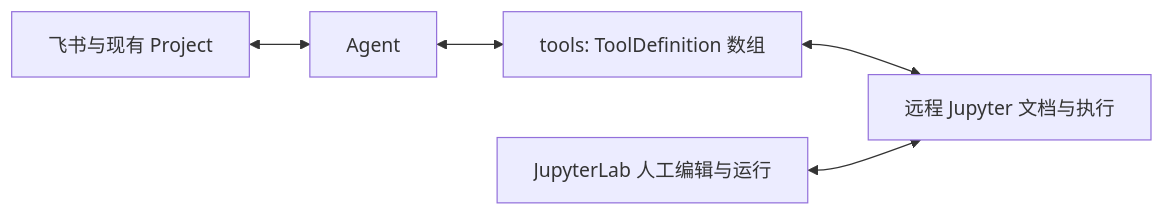
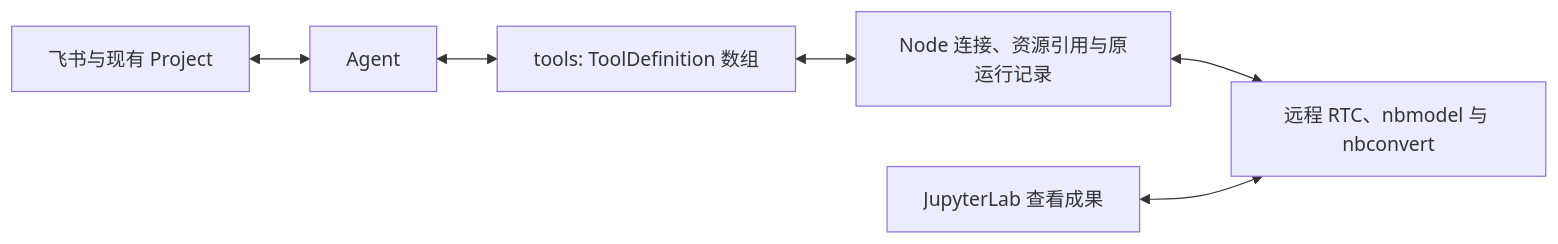
The diagram in docs/designs/jupyter-harness.md (hs3180/disclaude), drawn with Mermaid before and after one commit. The commit also changed other lines of this file and 26 other files, not shown here.

````diff
--- a/docs/designs/jupyter-harness.md
+++ b/docs/designs/jupyter-harness.md
@@ -13,7 +17,8 @@
 ```mermaid
 flowchart LR
   F[飞书与现有 Project] <--> A[Agent]
   A <--> T[tools: ToolDefinition 数组]
-  T <--> J[远程 Jupyter 文档与执行]
-  H[JupyterLab 人工编辑与运行] <--> J
+  T <--> N[Node 连接、资源引用与原运行记录]
+  N <--> J[远程 RTC、nbmodel 与 nbconvert]
+  H[JupyterLab 查看成果] <--> J
 ```
````
